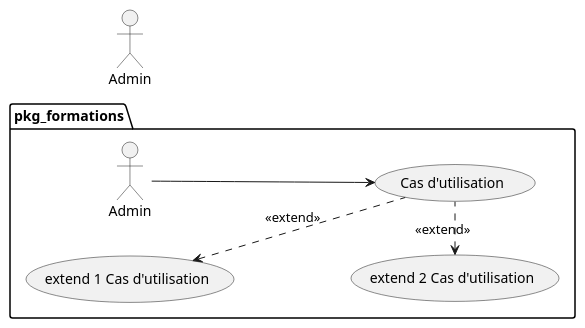
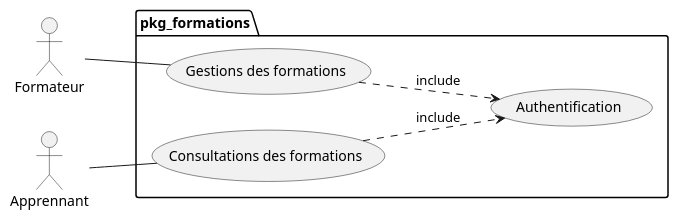
One commit to solicoders/soli-lms changed the diagram in modélisation/pkg_formations/uses_cases_pkg_formations.puml. Above: the diagram before and after it, drawn with PlantUML. The commit also changed 1 other file, not shown here.

```diff
--- a/modélisation/pkg_formations/uses_cases_pkg_formations.puml
+++ b/modélisation/pkg_formations/uses_cases_pkg_formations.puml
@@ -1,17 +1,17 @@
 @startuml uses_cases_pkg_formations
 
 left to right direction
 
-
-actor Admin as admin
+actor Formateur
+actor Apprennant 
 
 package pkg_formations {
 
-  Admin -->  (Cas d'utilisation) 
-  (extend 1 Cas d'utilisation)  <..  (Cas d'utilisation)  : <<extend>>
-  (extend 2 Cas d'utilisation)  <.  (Cas d'utilisation)  : <<extend>>
-}  
-
-' note right of admin : "note 1"
+  Formateur -- (Gestions des formations)
+  Apprennant -- (Consultations des formations)
+  
+  (Gestions des formations) ..> (Authentification) : include
+  (Consultations des formations) ..> (Authentification) : include
+}
 
 @enduml
```
